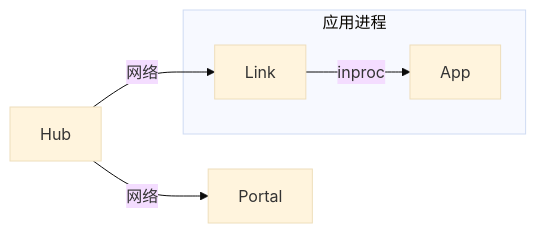
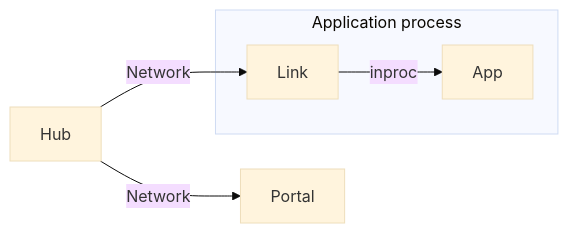
Before and after one commit to yorun-ai/vine-site: the second of 3 diagrams in docs/getting-started/deployment-modes.md, drawn with Mermaid (base theme). The commit also changed other lines of this file and 107 other files, not shown here.

````diff
--- a/docs/getting-started/deployment-modes.md
+++ b/docs/getting-started/deployment-modes.md
@@ -51,8 +51,8 @@
 ```mermaid
 flowchart LR
-  Hub["Hub"] -->|"网络"| Portal["Portal"]
-  Hub -->|"网络"| Link
-  subgraph AppProcess["应用进程"]
+  Hub["Hub"] -->|"Network"| Portal["Portal"]
+  Hub -->|"Network"| Link
+  subgraph AppProcess["Application process"]
     Link["Link"] -->|"inproc"| App["App"]
   end
 ```
````
